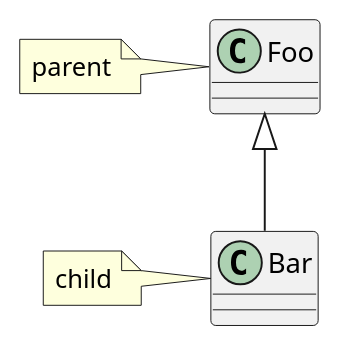
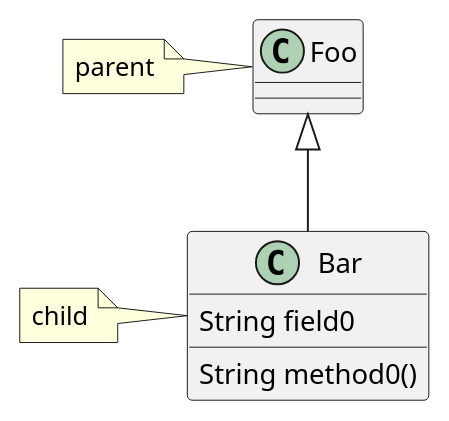
Before and after one commit to wiloon/blog: the third of 3 diagrams in content/post/archive-3/2020-01-26-plantuml-puml-vs-code.md, drawn with PlantUML. The commit also changed 3 other files, not shown here.

````diff
--- a/content/post/archive-3/2020-01-26-plantuml-puml-vs-code.md
+++ b/content/post/archive-3/2020-01-26-plantuml-puml-vs-code.md
@@ -51,11 +51,13 @@
 ```puml
 @startuml
 class Foo
 note left: parent
 
 class Bar
+Bar : String field0
+Bar : String method0()
 
 Foo<|--Bar
 note left: child
 @enduml
 ```
````
